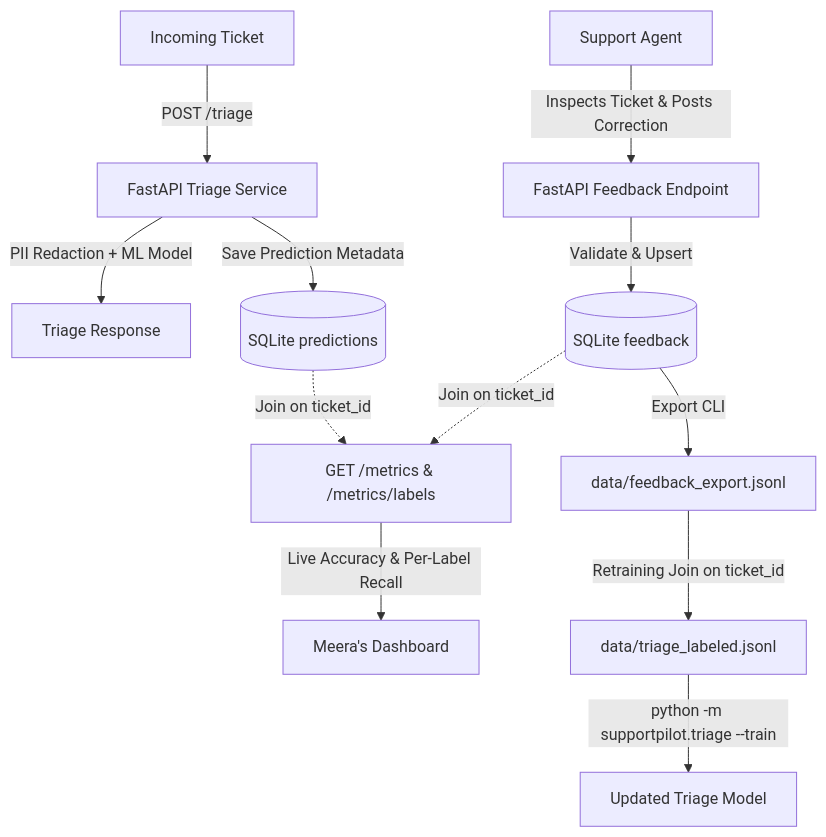
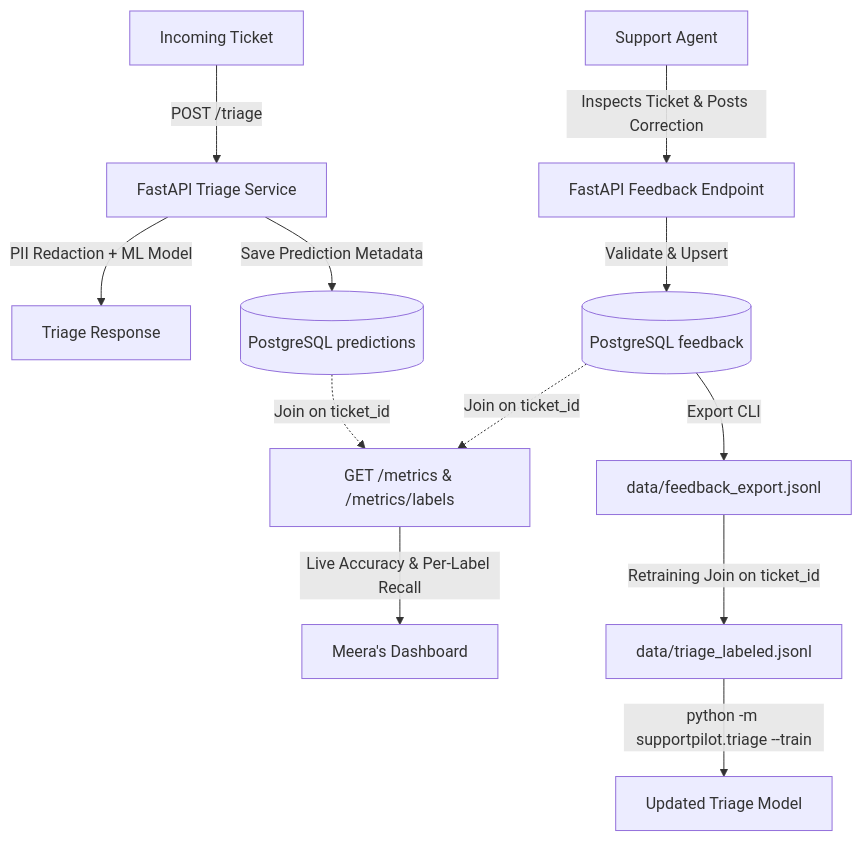
Before and after one commit to mlexpnew/supportpilot-ingestion: the diagram in docs/feedback.md, drawn with Mermaid. The commit also changed other lines of this file and 14 other files, not shown here.

First line of the commit message:
feat(feedback): migrate storage to PostgreSQL with Alembic migrations (SP-111) (#17)

````diff
--- a/docs/feedback.md
+++ b/docs/feedback.md
@@ -14,16 +14,16 @@
 ```mermaid
 flowchart TD
     A[Incoming Ticket] -->|POST /triage| B[FastAPI Triage Service]
     B -->|PII Redaction + ML Model| C[Triage Response]
-    B -->|Save Prediction Metadata| D[(SQLite predictions)]
+    B -->|Save Prediction Metadata| D[(PostgreSQL predictions)]
     E[Support Agent] -->|Inspects Ticket & Posts Correction| F[FastAPI Feedback Endpoint]
-    F -->|Validate & Upsert| G[(SQLite feedback)]
+    F -->|Validate & Upsert| G[(PostgreSQL feedback)]
     
     D -.->|Join on ticket_id| H[GET /metrics & /metrics/labels]
     G -.->|Join on ticket_id| H
     H -->|Live Accuracy & Per-Label Recall| I[Meera's Dashboard]
     
     G -->|Export CLI| J[data/feedback_export.jsonl]
     J -->|Retraining Join on ticket_id| K[data/triage_labeled.jsonl]
     K -->|python -m supportpilot.triage --train| L[Updated Triage Model]
 ```
````
